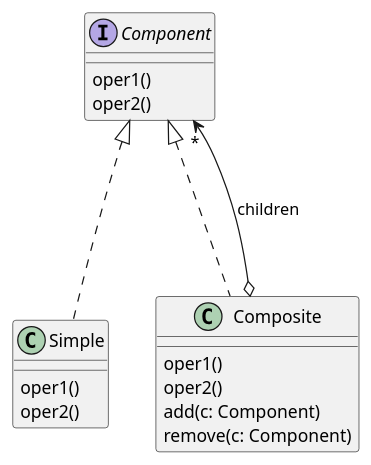
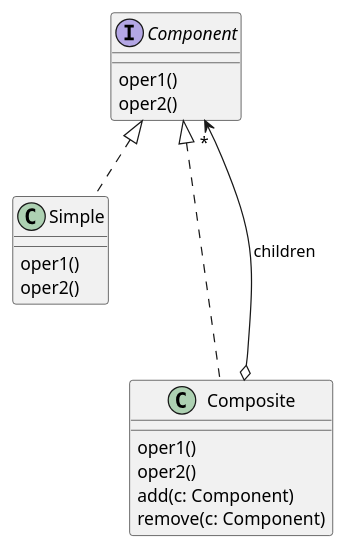
Before and after one commit to isel-leirt-mds/mds-leirt-2026: the diagram in patterns/composite.puml, drawn with PlantUML. The commit also changed 21 other files, not shown here.

```diff
--- a/patterns/composite.puml
+++ b/patterns/composite.puml
@@ -1,27 +1,27 @@
 @startuml
 'https://plantuml.com/class-diagram
 skinparam classAttributeIconSize 0
 
 interface Component {
     oper1()
     oper2()
 }
 
 class Simple {
     oper1()
     oper2()
 }
 
-class Composite {
+class Composite implements Component {
 
     oper1()
     oper2()
     add(c: Component)
     remove(c: Component)
 }
 
-Component <|... Simple
-Component <|... Composite
+Component <|.. Simple
+
 
 Composite o---> "*" Component: children
 @enduml
```
